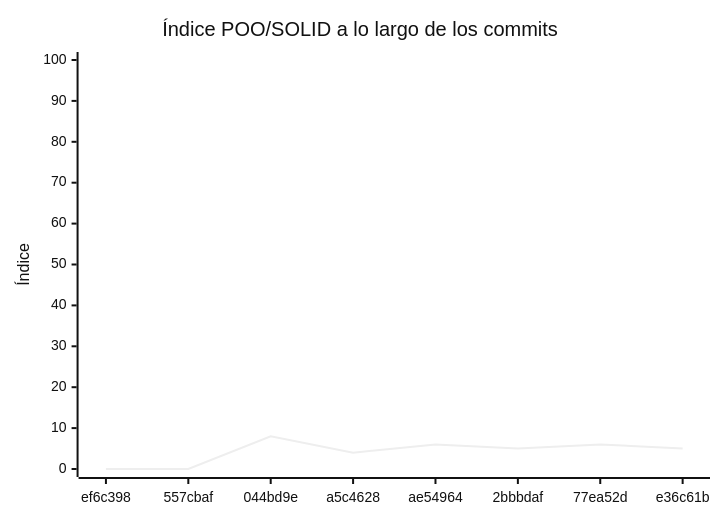
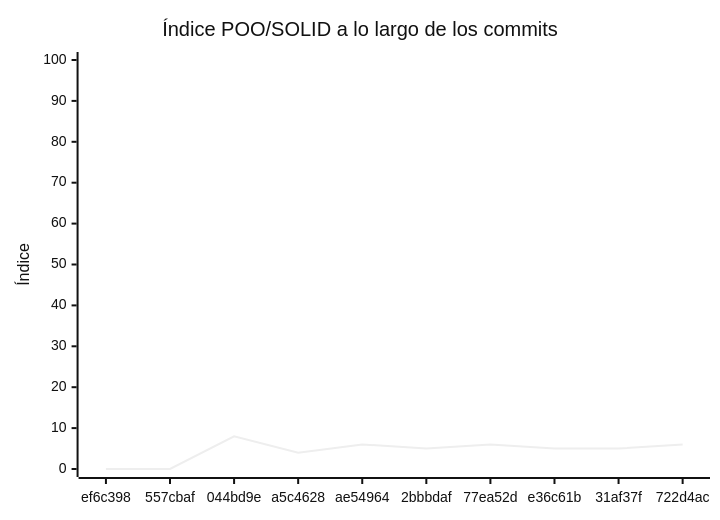
Before and after one commit to Chiara-Monte-Productions/LaPampa-ElJuegoII: the diagram in docs/EVALUACION.md, drawn with Mermaid (neutral theme). The commit also changed other lines of this file and 1 other file, not shown here.

````diff
--- a/docs/EVALUACION.md
+++ b/docs/EVALUACION.md
@@ -263,7 +261,7 @@
 ```mermaid
 xychart-beta
     title "Índice POO/SOLID a lo largo de los commits"
-    x-axis ["ef6c398", "557cbaf", "044bd9e", "a5c4628", "ae54964", "2bbbdaf", "77ea52d", "e36c61b"]
+    x-axis ["ef6c398", "557cbaf", "044bd9e", "a5c4628", "ae54964", "2bbbdaf", "77ea52d", "e36c61b", "31af37f", "722d4ac"]
     y-axis "Índice" 0 --> 100
-    line [0, 0, 8, 4, 6, 5, 6, 5]
+    line [0, 0, 8, 4, 6, 5, 6, 5, 5, 6]
 ```
````
